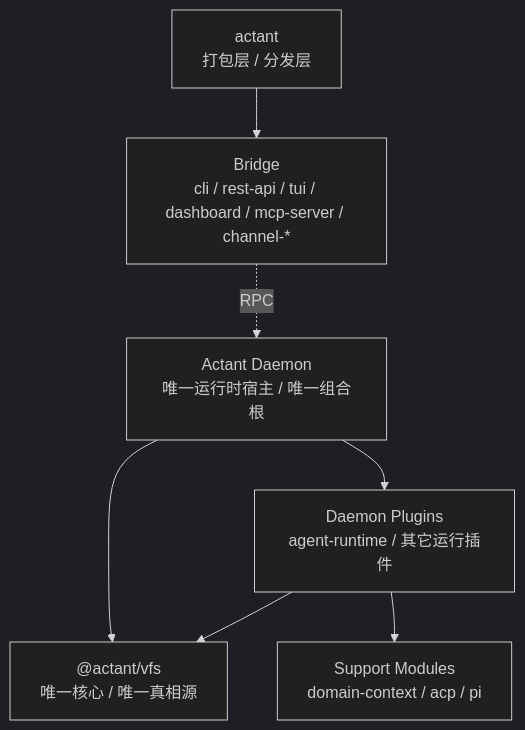
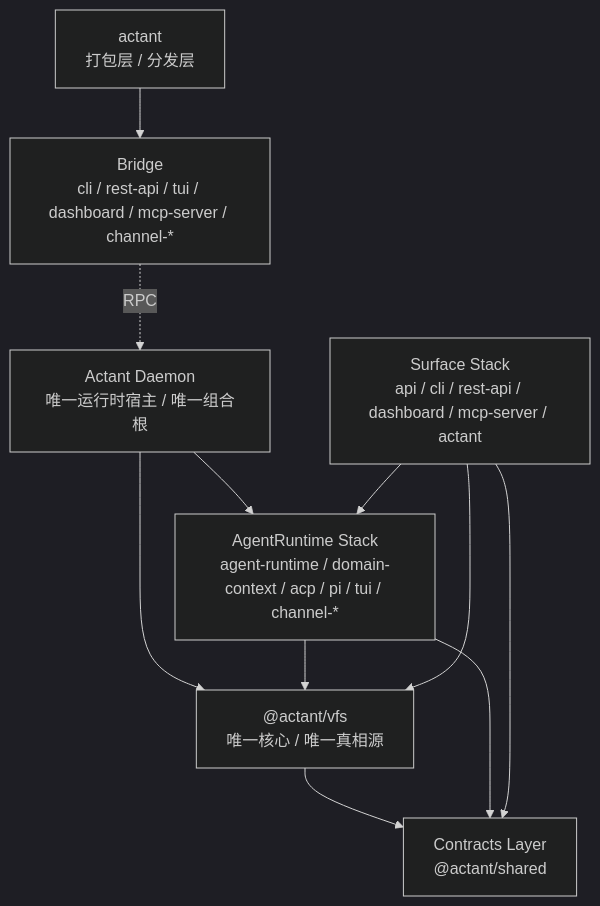
One commit to blackplume233/Actant changed the first of 2 diagrams in docs/design/actant-vfs-reference-architecture.md. Above: the diagram before and after it, drawn with Mermaid (dark theme). The commit also changed other lines of this file and 249 other files, not shown here.

````diff
--- a/docs/design/actant-vfs-reference-architecture.md
+++ b/docs/design/actant-vfs-reference-architecture.md
@@ -34,27 +33,34 @@
 ```mermaid
 flowchart TB
     ACTANT["actant
 打包层 / 分发层"]
 
     BRIDGE["Bridge
 cli / rest-api / tui / dashboard / mcp-server / channel-*"]
 
     DAEMON["Actant Daemon
 唯一运行时宿主 / 唯一组合根"]
 
     VFS["@actant/vfs
 唯一核心 / 唯一真相源"]
 
-    PLUGINS["Daemon Plugins
-agent-runtime / 其它运行插件"]
+    CONTRACTS["Contracts Layer
+@actant/shared"]
 
-    SUPPORT["Support Modules
-domain-context / acp / pi"]
+    RUNTIME["AgentRuntime Stack
+agent-runtime / domain-context / acp / pi / tui / channel-*"]
+
+    SURFACE["Surface Stack
+api / cli / rest-api / dashboard / mcp-server / actant"]
 
     ACTANT --> BRIDGE
     BRIDGE -. RPC .-> DAEMON
-    DAEMON --> PLUGINS
+    DAEMON --> RUNTIME
     DAEMON --> VFS
-    PLUGINS --> VFS
-    PLUGINS --> SUPPORT
+    VFS --> CONTRACTS
+    RUNTIME --> CONTRACTS
+    RUNTIME --> VFS
+    SURFACE --> CONTRACTS
+    SURFACE --> RUNTIME
+    SURFACE --> VFS
 ```
````
